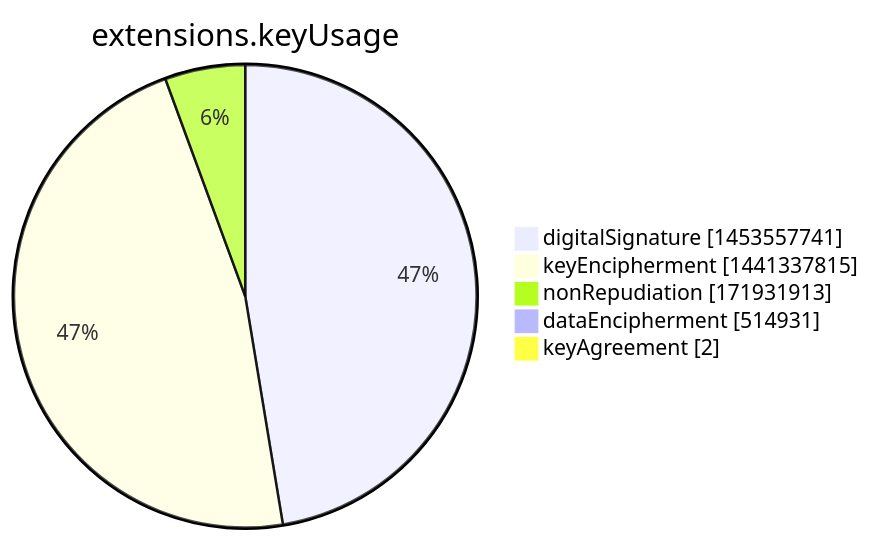
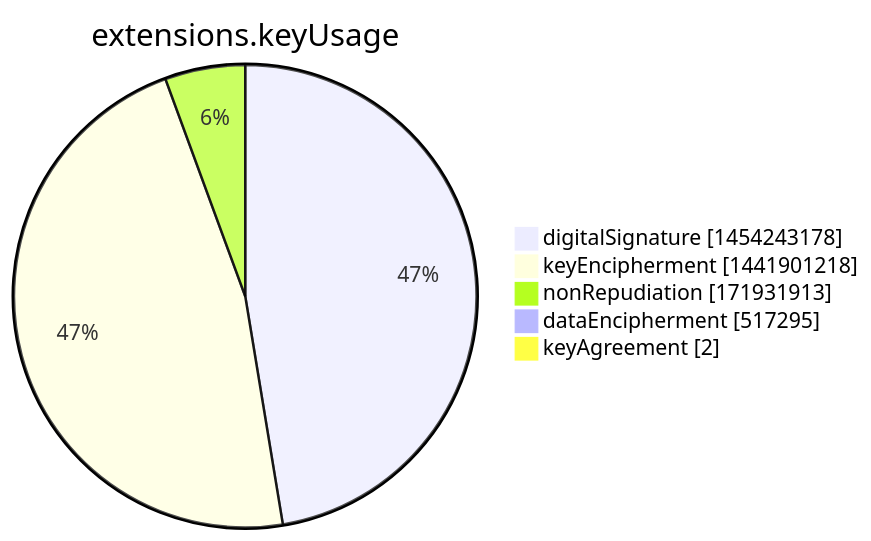
Before and after one commit to christiankrug/ctmonitor_visualization: the seventh of 15 diagrams in argon2022/README.md, drawn with Mermaid. The commit also changed other lines of this file, not shown here.

````diff
--- a/argon2022/README.md
+++ b/argon2022/README.md
@@ -2751,9 +2751,9 @@
 ```mermaid
 pie showData
 title extensions.keyUsage
-"digitalSignature" :1453557741
-"keyEncipherment" :1441337815
+"digitalSignature" :1454243178
+"keyEncipherment" :1441901218
 "nonRepudiation" :171931913
-"dataEncipherment" :514931
+"dataEncipherment" :517295
 "keyAgreement" :2
 ```
````
